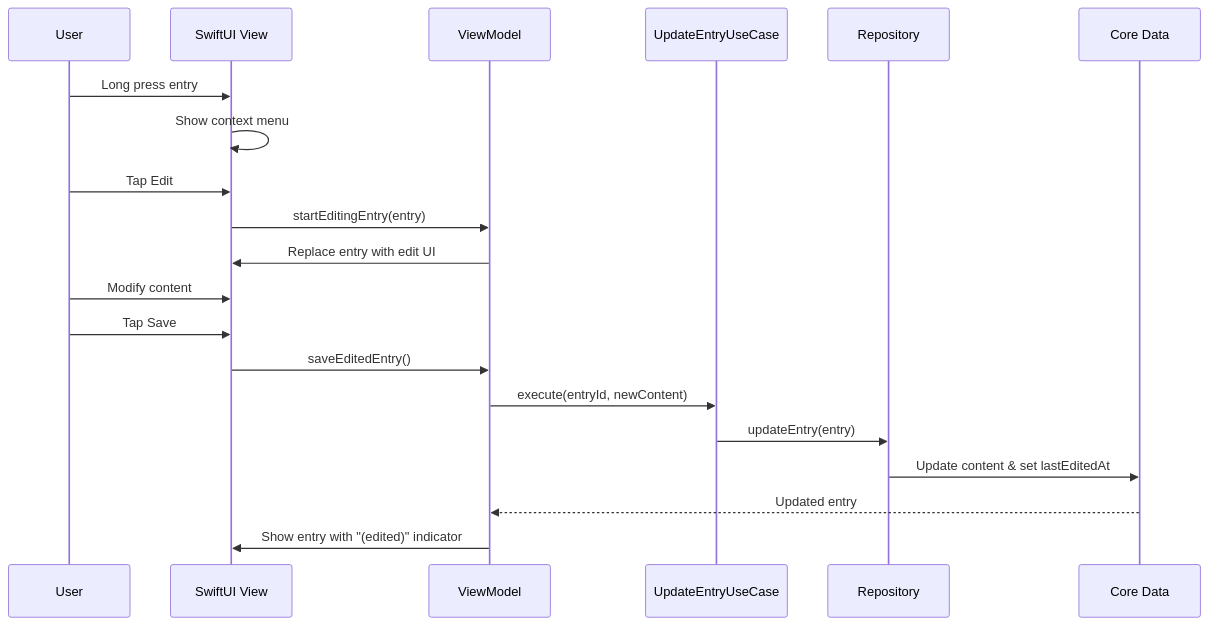
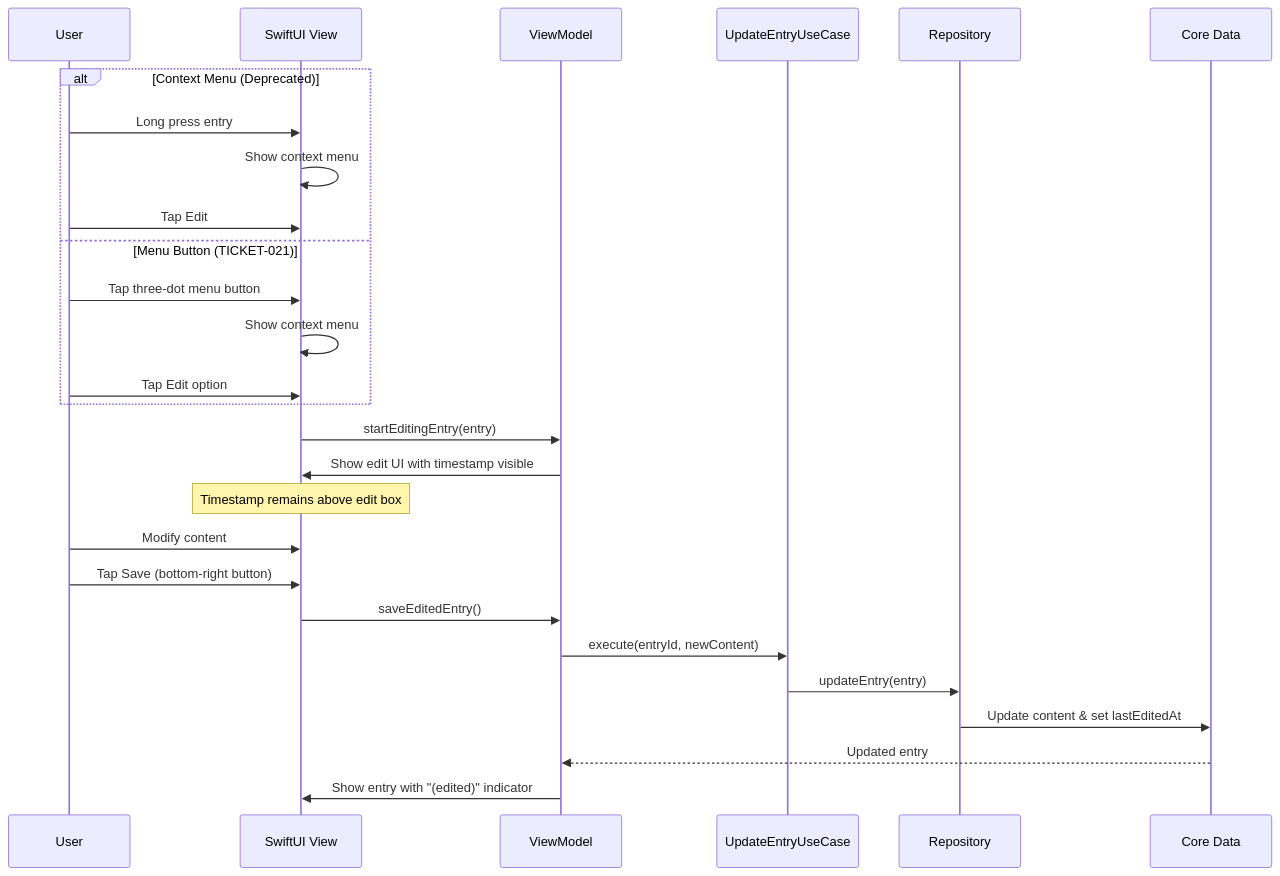
Before and after one commit to ericzhou129/ThreadJournal2: the seventh of 9 diagrams in Engineering/Technical-Implementation-Plan.md, drawn with Mermaid. The commit also changed other lines of this file and 35 other files, not shown here.

````diff
--- a/Engineering/Technical-Implementation-Plan.md
+++ b/Engineering/Technical-Implementation-Plan.md
@@ -412,23 +490,30 @@
 ```mermaid
 sequenceDiagram
     participant User
     participant UI as SwiftUI View
     participant VM as ViewModel
     participant UC as UpdateEntryUseCase
     participant Repo as Repository
     participant DB as Core Data
 
-    User->>UI: Long press entry
-    UI->>UI: Show context menu
-    User->>UI: Tap Edit
+    alt Context Menu (Deprecated)
+        User->>UI: Long press entry
+        UI->>UI: Show context menu
+        User->>UI: Tap Edit
+    else Menu Button (TICKET-021)
+        User->>UI: Tap three-dot menu button
+        UI->>UI: Show context menu
+        User->>UI: Tap Edit option
+    end
     UI->>VM: startEditingEntry(entry)
-    VM->>UI: Replace entry with edit UI
+    VM->>UI: Show edit UI with timestamp visible
+    Note over UI: Timestamp remains above edit box
     User->>UI: Modify content
-    User->>UI: Tap Save
+    User->>UI: Tap Save (bottom-right button)
     UI->>VM: saveEditedEntry()
     VM->>UC: execute(entryId, newContent)
     UC->>Repo: updateEntry(entry)
     Repo->>DB: Update content & set lastEditedAt
     DB-->>VM: Updated entry
     VM->>UI: Show entry with "(edited)" indicator
 ```
````
